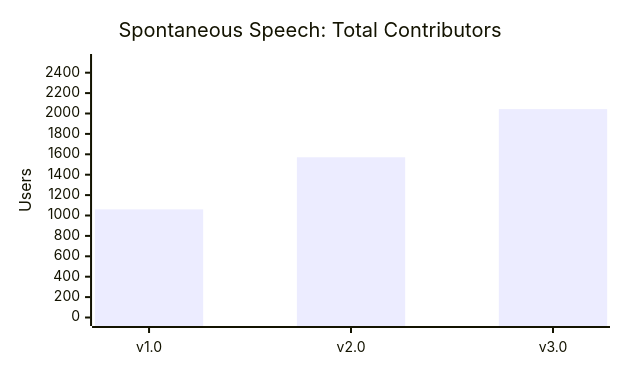
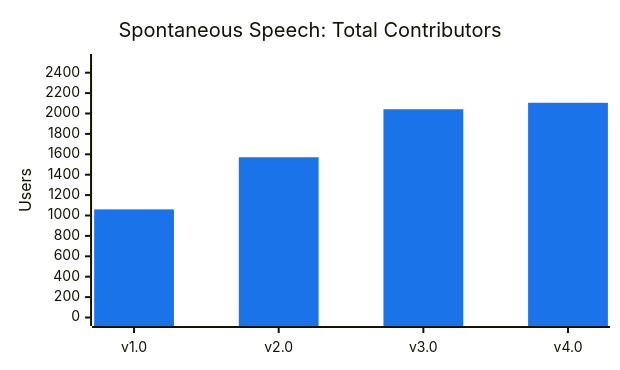
Before and after one commit to common-voice/cv-dataset: the second of 3 diagrams in datasets/spontaneous-speech/README.md, drawn with Mermaid. The commit also changed other lines of this file and 1 other file, not shown here.

````diff
--- a/datasets/spontaneous-speech/README.md
+++ b/datasets/spontaneous-speech/README.md
@@ -30,13 +33,16 @@
 ```mermaid
 ---
 config:
     xyChart:
         width: 600
         height: 350
+    themeVariables:
+        xyChart:
+            plotColorPalette: "#1a73e8"
 ---
 xychart-beta
     title "Spontaneous Speech: Total Contributors"
-    x-axis ["v1.0","v2.0","v3.0"]
+    x-axis ["v1.0","v2.0","v3.0","v4.0"]
     y-axis "Users" 0 --> 2500
-    bar [1060,1571,2043]
+    bar [1060,1571,2042,2105]
 ```
````
